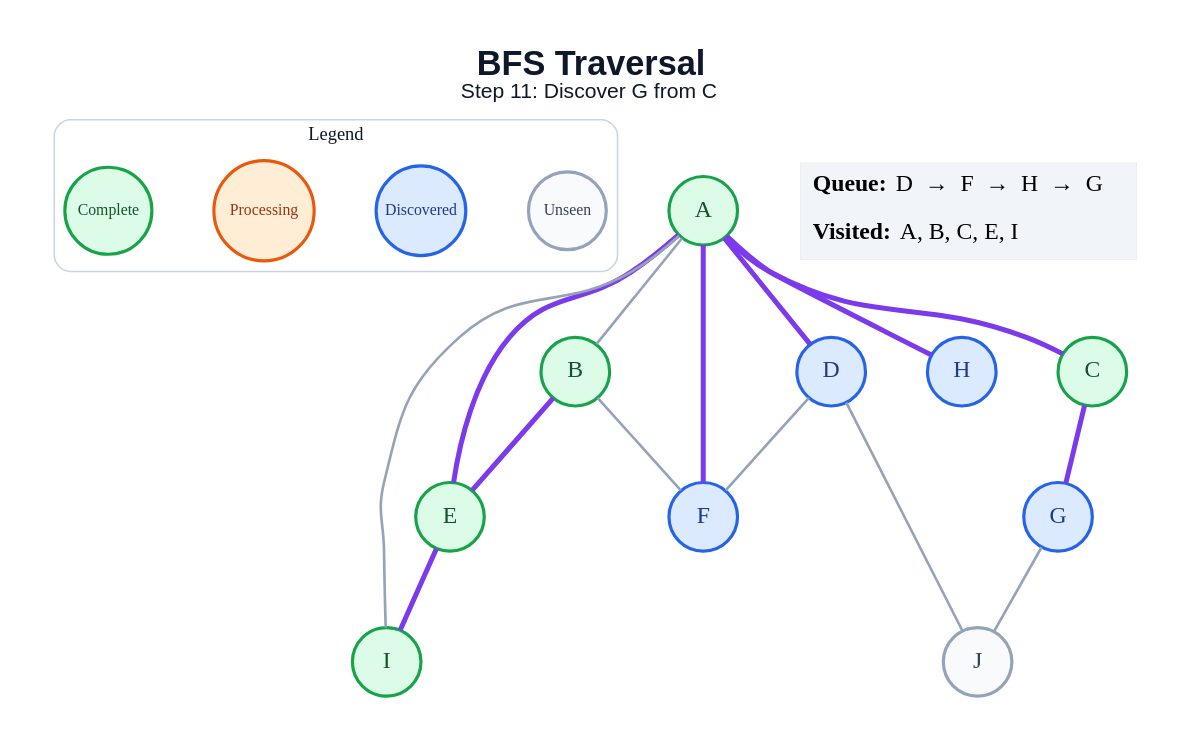
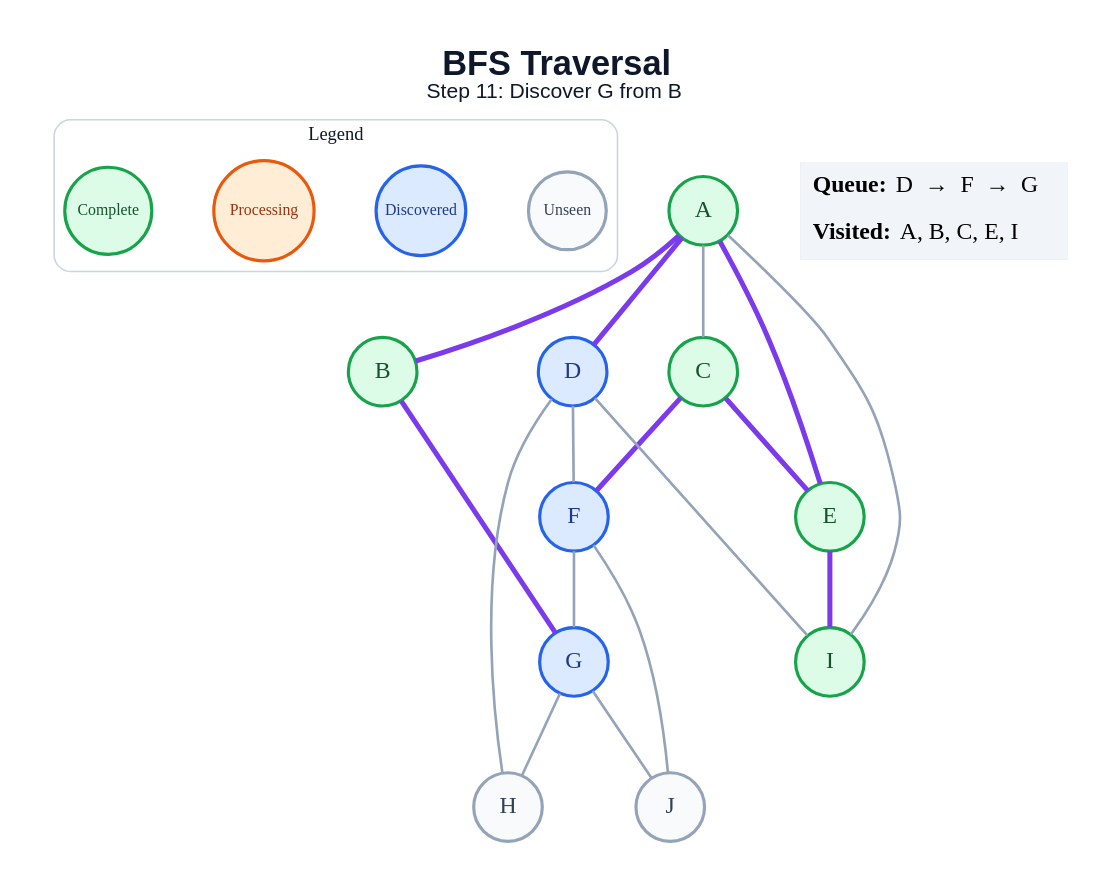
One commit to amanghodawala9/ai-slop changed the diagram in generated/specific-node/bfs/step_11.dot. Above: the diagram before and after it, drawn with Graphviz. The commit also changed 178 other files, not shown here.

```diff
--- a/generated/specific-node/bfs/step_11.dot
+++ b/generated/specific-node/bfs/step_11.dot
@@ -1,43 +1,45 @@
 graph traversal {
   graph [layout=dot, rankdir=TB, bgcolor="#FFFFFF", pad="0.35", nodesep="0.65", ranksep="0.8", fontname="Arial"];
   node [shape=circle, style="filled", fontname="Arial Bold", fontsize=18, width=0.72, fixedsize=true, penwidth=2.4];
   edge [color="#94A3B8", penwidth=2.0];
-  label=<<B>BFS Traversal</B><BR/><FONT POINT-SIZE="16">Step 11: Discover G from C</FONT>>; labelloc="t"; fontsize=26; fontname="Arial"; fontcolor="#0F172A";
+  label=<<B>BFS Traversal</B><BR/><FONT POINT-SIZE="16">Step 11: Discover G from B</FONT>>; labelloc="t"; fontsize=26; fontname="Arial"; fontcolor="#0F172A";
   subgraph cluster_legend { label="Legend"; color="#CBD5E1"; penwidth=1.2; style="rounded"; fontsize=14; fontname="Arial Bold";
     key_unseen [label="Unseen", fillcolor="#F8FAFC", color="#94A3B8", fontcolor="#334155", fontsize=12, width=0.82];
     key_frontier [label="Discovered", fillcolor="#DBEAFE", color="#2563EB", fontcolor="#1E3A8A", fontsize=12, width=0.95];
     key_current [label="Processing", fillcolor="#FFEDD5", color="#EA580C", fontcolor="#9A3412", fontsize=12, width=1.05];
     key_done [label="Complete", fillcolor="#DCFCE7", color="#16A34A", fontcolor="#14532D", fontsize=12, width=0.92];
     { rank=same; key_unseen; key_frontier; key_current; key_done; }
   }
   A [fillcolor="#DCFCE7", color="#16A34A", fontcolor="#14532D"];
   B [fillcolor="#DCFCE7", color="#16A34A", fontcolor="#14532D"];
   C [fillcolor="#DCFCE7", color="#16A34A", fontcolor="#14532D"];
   D [fillcolor="#DBEAFE", color="#2563EB", fontcolor="#1E3A8A"];
   E [fillcolor="#DCFCE7", color="#16A34A", fontcolor="#14532D"];
   F [fillcolor="#DBEAFE", color="#2563EB", fontcolor="#1E3A8A"];
   G [fillcolor="#DBEAFE", color="#2563EB", fontcolor="#1E3A8A"];
-  H [fillcolor="#DBEAFE", color="#2563EB", fontcolor="#1E3A8A"];
+  H [fillcolor="#F8FAFC", color="#94A3B8", fontcolor="#334155"];
   I [fillcolor="#DCFCE7", color="#16A34A", fontcolor="#14532D"];
   J [fillcolor="#F8FAFC", color="#94A3B8", fontcolor="#334155"];
-  A -- B;
-  A -- C [color="#7C3AED", penwidth=3.8];
+  A -- B [color="#7C3AED", penwidth=3.8];
+  A -- C;
   A -- D [color="#7C3AED", penwidth=3.8];
   A -- E [color="#7C3AED", penwidth=3.8];
-  A -- F [color="#7C3AED", penwidth=3.8];
-  A -- H [color="#7C3AED", penwidth=3.8];
   A -- I;
-  B -- E [color="#7C3AED", penwidth=3.8];
-  B -- F;
-  C -- G [color="#7C3AED", penwidth=3.8];
+  B -- G [color="#7C3AED", penwidth=3.8];
+  C -- E [color="#7C3AED", penwidth=3.8];
+  C -- F [color="#7C3AED", penwidth=3.8];
   D -- F;
-  D -- J;
+  D -- H;
+  D -- I;
   E -- I [color="#7C3AED", penwidth=3.8];
+  F -- G;
+  F -- J;
+  G -- H;
   G -- J;
   status [shape=plain, fixedsize=false, width=0, height=0, margin=0, label=<
     <TABLE BORDER="0" CELLBORDER="0" CELLPADDING="7" BGCOLOR="#F1F5F9">
-      <TR><TD ALIGN="LEFT"><B>Queue:</B> D  →  F  →  H  →  G</TD></TR>
+      <TR><TD ALIGN="LEFT"><B>Queue:</B> D  →  F  →  G</TD></TR>
       <TR><TD ALIGN="LEFT"><B>Visited:</B> A, B, C, E, I</TD></TR>
     </TABLE>
   >];
 }
```
